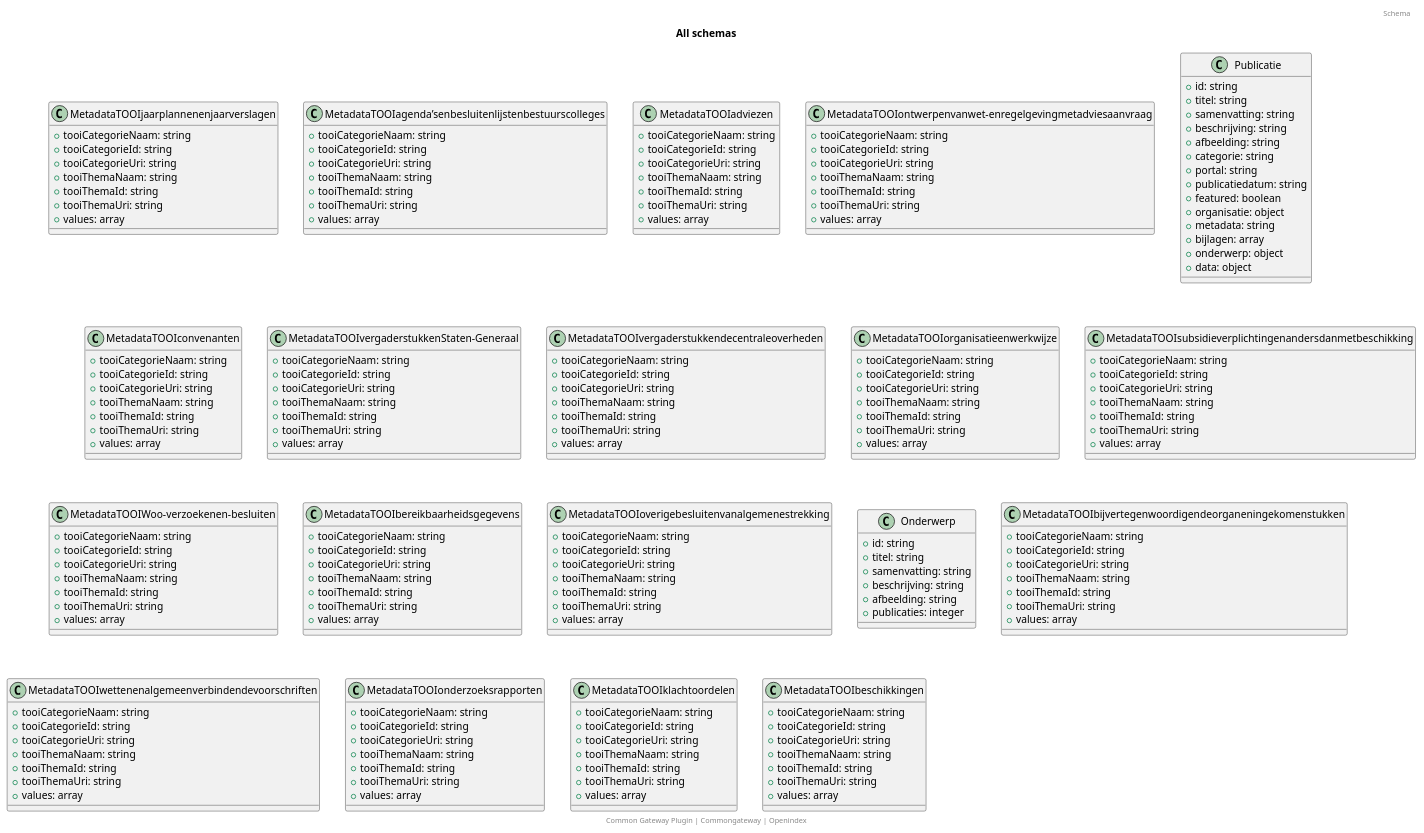
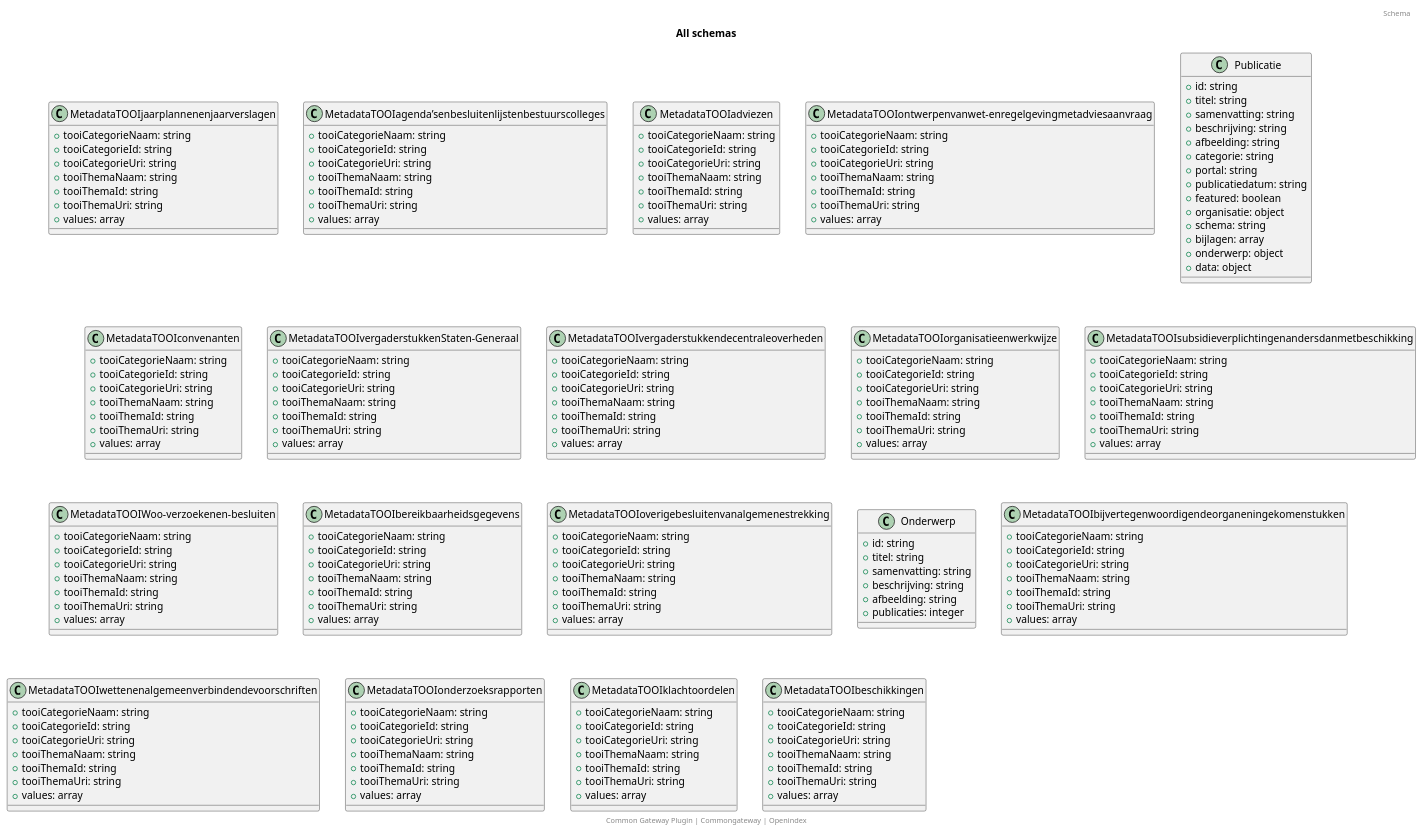
Before and after one commit to CommonGateway/OpenIndex: the diagram in docs/schema/all_schema_classes.puml, drawn with PlantUML. The commit also changed 2 other files, not shown here.

```diff
--- a/docs/schema/all_schema_classes.puml
+++ b/docs/schema/all_schema_classes.puml
@@ -1,182 +1,182 @@
 @startuml
 title: All schemas
 footer: Common Gateway Plugin | Commongateway | Openindex 
 header: Schema
 class MetadataTOOIjaarplannenenjaarverslagen {
   + tooiCategorieNaam: string
   + tooiCategorieId: string
   + tooiCategorieUri: string
   + tooiThemaNaam: string
   + tooiThemaId: string
   + tooiThemaUri: string
   + values: array
 }
 class MetadataTOOIagenda’senbesluitenlijstenbestuurscolleges {
   + tooiCategorieNaam: string
   + tooiCategorieId: string
   + tooiCategorieUri: string
   + tooiThemaNaam: string
   + tooiThemaId: string
   + tooiThemaUri: string
   + values: array
 }
 class MetadataTOOIadviezen {
   + tooiCategorieNaam: string
   + tooiCategorieId: string
   + tooiCategorieUri: string
   + tooiThemaNaam: string
   + tooiThemaId: string
   + tooiThemaUri: string
   + values: array
 }
 class MetadataTOOIontwerpenvanwet-enregelgevingmetadviesaanvraag {
   + tooiCategorieNaam: string
   + tooiCategorieId: string
   + tooiCategorieUri: string
   + tooiThemaNaam: string
   + tooiThemaId: string
   + tooiThemaUri: string
   + values: array
 }
 class Publicatie {
   + id: string
   + titel: string
   + samenvatting: string
   + beschrijving: string
   + afbeelding: string
   + categorie: string
   + portal: string
   + publicatiedatum: string
   + featured: boolean
   + organisatie: object
-  + metadata: string
+  + schema: string
   + bijlagen: array
   + onderwerp: object
   + data: object
 }
 class MetadataTOOIconvenanten {
   + tooiCategorieNaam: string
   + tooiCategorieId: string
   + tooiCategorieUri: string
   + tooiThemaNaam: string
   + tooiThemaId: string
   + tooiThemaUri: string
   + values: array
 }
 class MetadataTOOIvergaderstukkenStaten-Generaal {
   + tooiCategorieNaam: string
   + tooiCategorieId: string
   + tooiCategorieUri: string
   + tooiThemaNaam: string
   + tooiThemaId: string
   + tooiThemaUri: string
   + values: array
 }
 class MetadataTOOIvergaderstukkendecentraleoverheden {
   + tooiCategorieNaam: string
   + tooiCategorieId: string
   + tooiCategorieUri: string
   + tooiThemaNaam: string
   + tooiThemaId: string
   + tooiThemaUri: string
   + values: array
 }
 class MetadataTOOIorganisatieenwerkwijze {
   + tooiCategorieNaam: string
   + tooiCategorieId: string
   + tooiCategorieUri: string
   + tooiThemaNaam: string
   + tooiThemaId: string
   + tooiThemaUri: string
   + values: array
 }
 class MetadataTOOIsubsidieverplichtingenandersdanmetbeschikking {
   + tooiCategorieNaam: string
   + tooiCategorieId: string
   + tooiCategorieUri: string
   + tooiThemaNaam: string
   + tooiThemaId: string
   + tooiThemaUri: string
   + values: array
 }
 class MetadataTOOIWoo-verzoekenen-besluiten {
   + tooiCategorieNaam: string
   + tooiCategorieId: string
   + tooiCategorieUri: string
   + tooiThemaNaam: string
   + tooiThemaId: string
   + tooiThemaUri: string
   + values: array
 }
 class MetadataTOOIbereikbaarheidsgegevens {
   + tooiCategorieNaam: string
   + tooiCategorieId: string
   + tooiCategorieUri: string
   + tooiThemaNaam: string
   + tooiThemaId: string
   + tooiThemaUri: string
   + values: array
 }
 class MetadataTOOIoverigebesluitenvanalgemenestrekking {
   + tooiCategorieNaam: string
   + tooiCategorieId: string
   + tooiCategorieUri: string
   + tooiThemaNaam: string
   + tooiThemaId: string
   + tooiThemaUri: string
   + values: array
 }
 class Onderwerp {
   + id: string
   + titel: string
   + samenvatting: string
   + beschrijving: string
   + afbeelding: string
   + publicaties: integer
 }
 class MetadataTOOIbijvertegenwoordigendeorganeningekomenstukken {
   + tooiCategorieNaam: string
   + tooiCategorieId: string
   + tooiCategorieUri: string
   + tooiThemaNaam: string
   + tooiThemaId: string
   + tooiThemaUri: string
   + values: array
 }
 class MetadataTOOIwettenenalgemeenverbindendevoorschriften {
   + tooiCategorieNaam: string
   + tooiCategorieId: string
   + tooiCategorieUri: string
   + tooiThemaNaam: string
   + tooiThemaId: string
   + tooiThemaUri: string
   + values: array
 }
 class MetadataTOOIonderzoeksrapporten {
   + tooiCategorieNaam: string
   + tooiCategorieId: string
   + tooiCategorieUri: string
   + tooiThemaNaam: string
   + tooiThemaId: string
   + tooiThemaUri: string
   + values: array
 }
 class MetadataTOOIklachtoordelen {
   + tooiCategorieNaam: string
   + tooiCategorieId: string
   + tooiCategorieUri: string
   + tooiThemaNaam: string
   + tooiThemaId: string
   + tooiThemaUri: string
   + values: array
 }
 class MetadataTOOIbeschikkingen {
   + tooiCategorieNaam: string
   + tooiCategorieId: string
   + tooiCategorieUri: string
   + tooiThemaNaam: string
   + tooiThemaId: string
   + tooiThemaUri: string
   + values: array
 }
 @enduml
```
